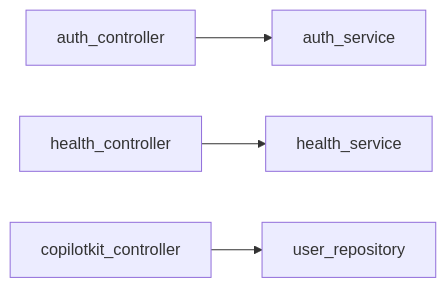
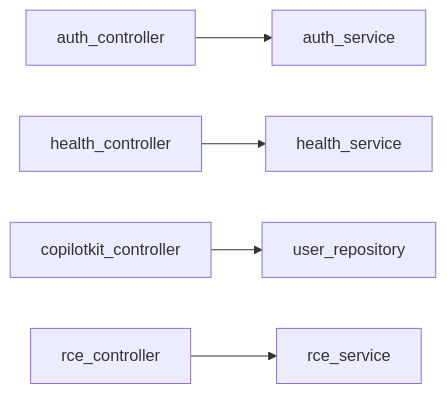
The diagram in hannibal-vault/app/api/v1/controllers/_controllers.md (dhruva-nu/Project-hannibal), drawn with Mermaid before and after one commit. The commit also changed other lines of this file and 13 other files, not shown here.

````diff
--- a/hannibal-vault/app/api/v1/controllers/_controllers.md
+++ b/hannibal-vault/app/api/v1/controllers/_controllers.md
@@ -13,6 +13,7 @@
 ```mermaid
 flowchart LR
     auth_controller --> auth_service
     health_controller --> health_service
     copilotkit_controller --> user_repository
+    rce_controller --> rce_service
 ```
````
